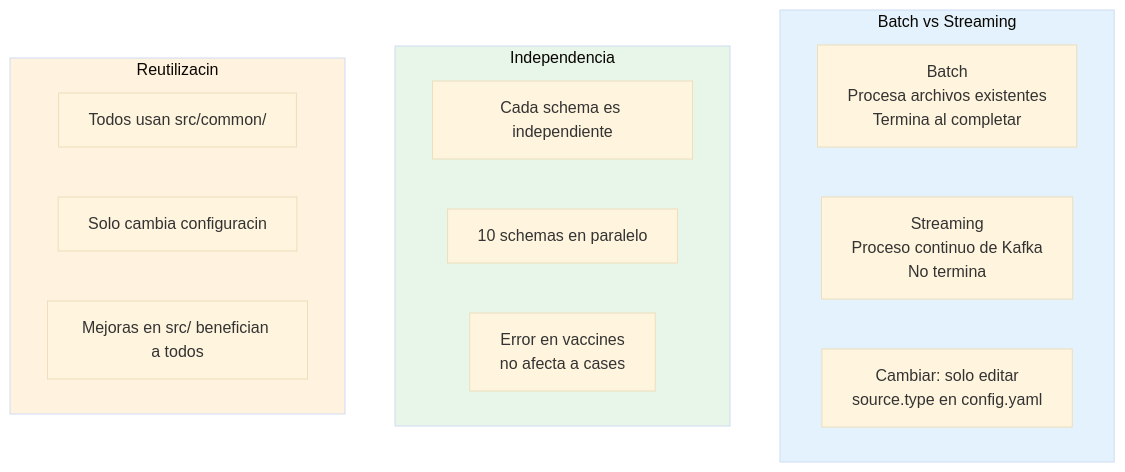
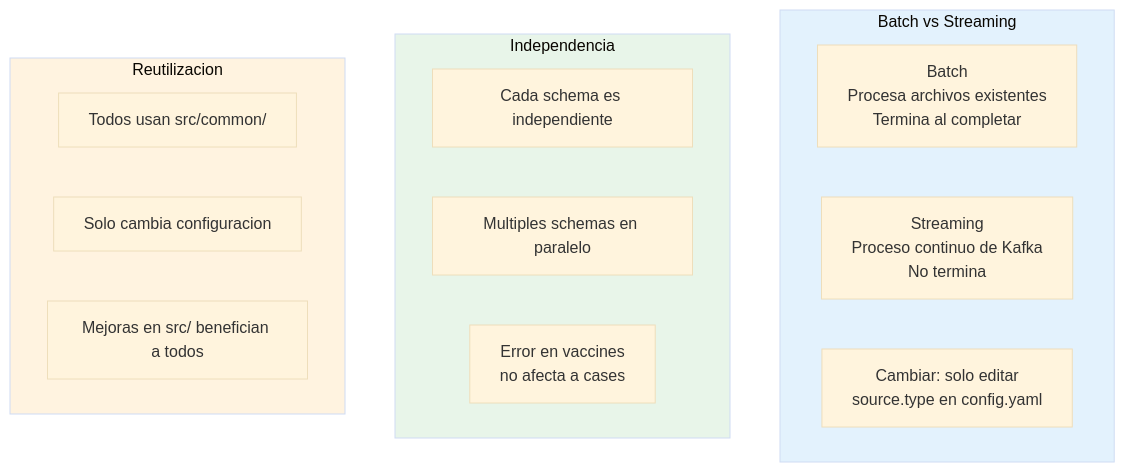
Before and after one commit to arthur8davis/tfm-dataflow-architecture: the fourth of 4 diagrams in GUIA_NUEVO_SCHEMA.md, drawn with Mermaid (base theme). The commit also changed other lines of this file and 9 other files, not shown here.

````diff
--- a/GUIA_NUEVO_SCHEMA.md
+++ b/GUIA_NUEVO_SCHEMA.md
@@ -658,24 +480,24 @@
 ```mermaid
 flowchart TB
     subgraph Modes["Batch vs Streaming"]
         Batch["Batch\nProcesa archivos existentes\nTermina al completar"]
         Streaming["Streaming\nProceso continuo de Kafka\nNo termina"]
         Switch["Cambiar: solo editar\nsource.type en config.yaml"]
     end
 
     subgraph Independence["Independencia"]
         Ind1["Cada schema es independiente"]
-        Ind2["10 schemas en paralelo"]
+        Ind2["Multiples schemas en paralelo"]
         Ind3["Error en vaccines\nno afecta a cases"]
     end
 
-    subgraph Reuse["Reutilizacin"]
+    subgraph Reuse["Reutilizacion"]
         R1["Todos usan src/common/"]
-        R2["Solo cambia configuracin"]
+        R2["Solo cambia configuracion"]
         R3["Mejoras en src/ benefician a todos"]
     end
 
     style Modes fill:#e3f2fd
     style Independence fill:#e8f5e9
     style Reuse fill:#fff3e0
 ```
````
